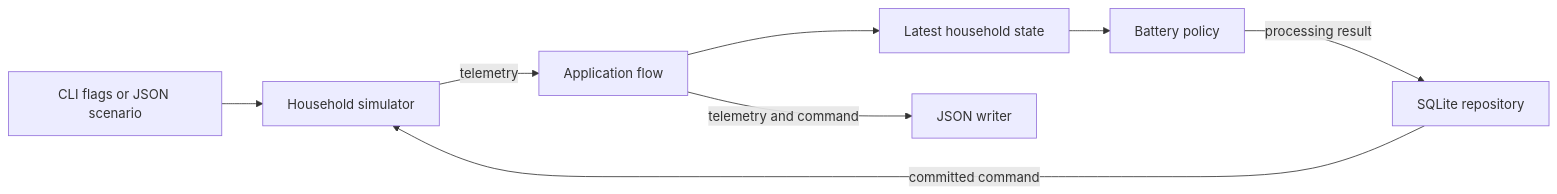
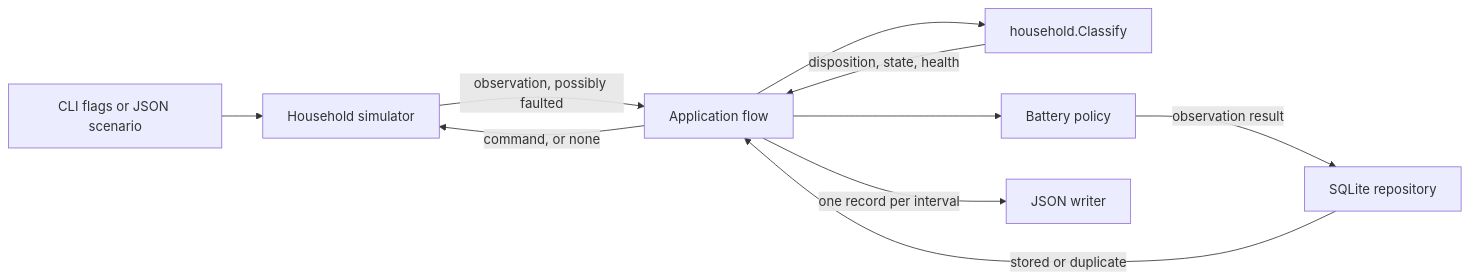
Before and after one commit to Stewz00/Wattfeder: the diagram in docs/ARCHITECTURE.md, drawn with Mermaid. The commit also changed other lines of this file and 5 other files, not shown here.

First line of the commit message:
docs: record ADR-008 and describe v0.3 unreliable-telemetry behavior

````diff
--- a/docs/ARCHITECTURE.md
+++ b/docs/ARCHITECTURE.md
@@ -9,10 +9,12 @@
 ```mermaid
 flowchart LR
     Input["CLI flags or JSON scenario"] --> Simulator["Household simulator"]
-    Simulator -->|telemetry| Application["Application flow"]
-    Application --> State["Latest household state"]
-    State --> Policy["Battery policy"]
-    Policy -->|processing result| Storage["SQLite repository"]
-    Storage -->|committed command| Simulator
-    Application -->|telemetry and command| Output["JSON writer"]
+    Simulator -->|observation, possibly faulted| Application["Application flow"]
+    Application --> Classify["household.Classify"]
+    Classify -->|disposition, state, health| Application
+    Application --> Policy["Battery policy"]
+    Policy -->|observation result| Storage["SQLite repository"]
+    Storage -->|stored or duplicate| Application
+    Application -->|command, or none| Simulator
+    Application -->|one record per interval| Output["JSON writer"]
 ```
````
